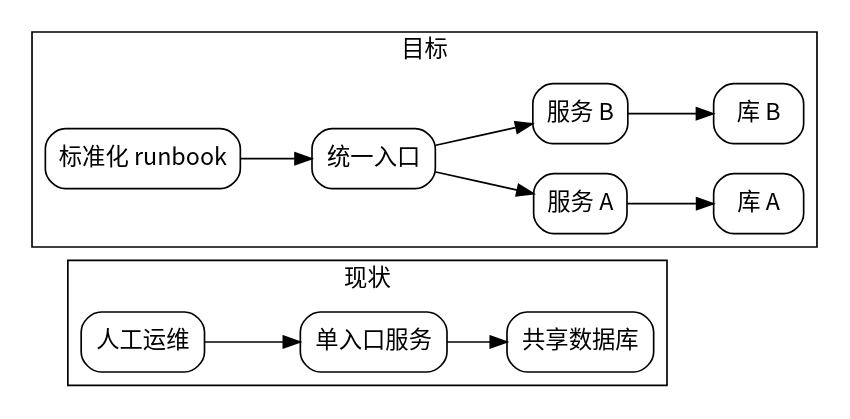
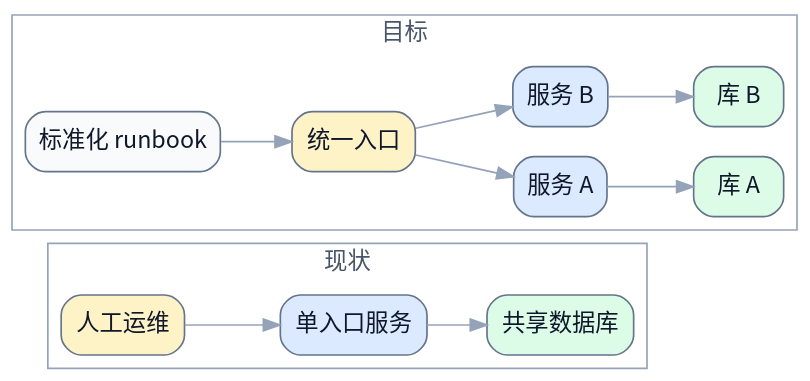
Before and after one commit to terencefan/inority-workspace: the fourth of 5 diagrams in skills/draw-dot/references/patterns.md, drawn with Graphviz. The commit also changed other lines of this file and 28 other files, not shown here.

````diff
--- a/skills/draw-dot/references/patterns.md
+++ b/skills/draw-dot/references/patterns.md
@@ -84,29 +90,33 @@
 ```dot
 digraph G {
-  graph [fontname="Noto Sans CJK SC", rankdir=LR];
-  node [fontname="Noto Sans CJK SC", shape=box, style="rounded"];
-  edge [fontname="Noto Sans CJK SC"];
+  graph [fontname="Noto Sans CJK SC", rankdir=LR, bgcolor="transparent"];
+  node [fontname="Noto Sans CJK SC", shape=box, style="rounded,filled", color="#64748b", fontcolor="#0f172a", fillcolor="#f8fafc"];
+  edge [fontname="Noto Sans CJK SC", color="#94a3b8", fontcolor="#94a3b8"];
 
   subgraph cluster_current {
     label="现状";
-    curr_entry [label="单入口服务"];
-    curr_db [label="共享数据库"];
-    curr_ops [label="人工运维"];
+    color="#94a3b8";
+    fontcolor="#475569";
+    curr_entry [label="单入口服务", fillcolor="#dbeafe"];
+    curr_db [label="共享数据库", fillcolor="#dcfce7"];
+    curr_ops [label="人工运维", fillcolor="#fef3c7"];
     curr_entry -> curr_db;
     curr_ops -> curr_entry;
   }
 
   subgraph cluster_target {
     label="目标";
-    tgt_gateway [label="统一入口"];
-    tgt_service_a [label="服务 A"];
-    tgt_service_b [label="服务 B"];
-    tgt_db_a [label="库 A"];
-    tgt_db_b [label="库 B"];
-    tgt_runbook [label="标准化 runbook"];
+    color="#94a3b8";
+    fontcolor="#475569";
+    tgt_gateway [label="统一入口", fillcolor="#fef3c7"];
+    tgt_service_a [label="服务 A", fillcolor="#dbeafe"];
+    tgt_service_b [label="服务 B", fillcolor="#dbeafe"];
+    tgt_db_a [label="库 A", fillcolor="#dcfce7"];
+    tgt_db_b [label="库 B", fillcolor="#dcfce7"];
+    tgt_runbook [label="标准化 runbook", fillcolor="#f8fafc"];
     tgt_gateway -> tgt_service_a -> tgt_db_a;
     tgt_gateway -> tgt_service_b -> tgt_db_b;
     tgt_runbook -> tgt_gateway;
   }
 }
 ```
````
